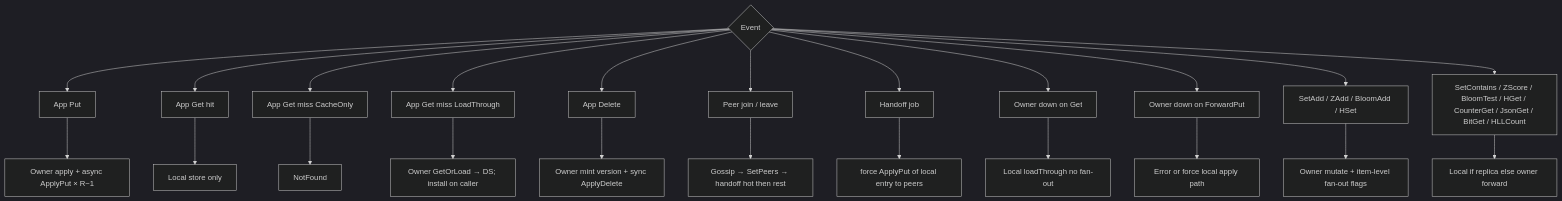
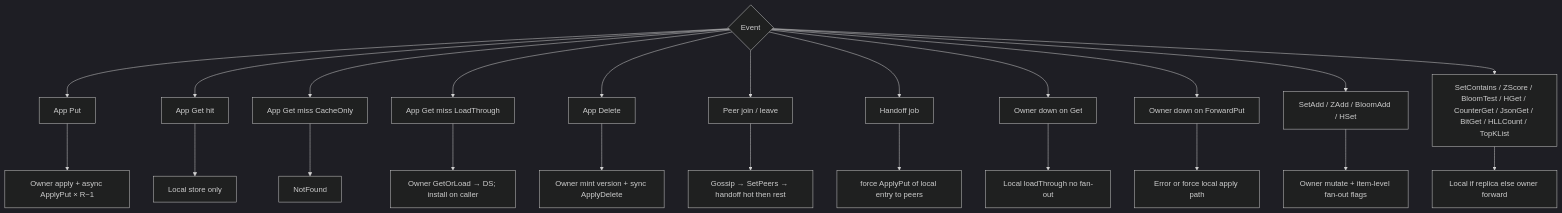
Before and after one commit to Code0987/supercache: diagram 18 of 18 in docs/CLUSTER_FLOWS.md, drawn with Mermaid (dark theme). The commit also changed other lines of this file and 54 other files, not shown here.

````diff
--- a/docs/CLUSTER_FLOWS.md
+++ b/docs/CLUSTER_FLOWS.md
@@ -402,26 +403,26 @@
 ```mermaid
 flowchart TD
   E{"Event"} --> E1["App Put"]
   E --> E2["App Get hit"]
   E --> E3["App Get miss CacheOnly"]
   E --> E4["App Get miss LoadThrough"]
   E --> E5["App Delete"]
   E --> E6["Peer join / leave"]
   E --> E7["Handoff job"]
   E --> E8["Owner down on Get"]
   E --> E9["Owner down on ForwardPut"]
   E --> E10["SetAdd / ZAdd / BloomAdd / HSet"]
-  E --> E11["SetContains / ZScore / BloomTest / HGet / CounterGet / JsonGet / BitGet / HLLCount"]
+  E --> E11["SetContains / ZScore / BloomTest / HGet / CounterGet / JsonGet / BitGet / HLLCount / TopKList"]
 
   E1 --> A1["Owner apply + async ApplyPut × R−1"]
   E2 --> A2["Local store only"]
   E3 --> A3["NotFound"]
   E4 --> A4["Owner GetOrLoad → DS; install on caller"]
   E5 --> A5["Owner mint version + sync ApplyDelete"]
   E6 --> A6["Gossip → SetPeers → handoff hot then rest"]
   E7 --> A7["force ApplyPut of local entry to peers"]
   E8 --> A8["Local loadThrough no fan-out"]
   E9 --> A9["Error or force local apply path"]
   E10 --> A10["Owner mutate + item-level fan-out flags"]
   E11 --> A11["Local if replica else owner forward"]
 ```
````
